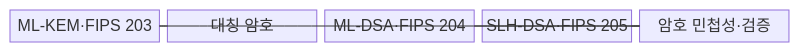
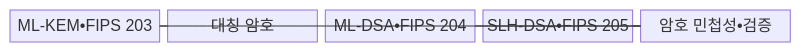
One commit to agnusdei1207/knowledge-base changed the first of 2 diagrams in src/content/docs/notes/07-law-policy/039_nist_pqc_fips.md. Above: the diagram before and after it, drawn with Mermaid. The commit also changed other lines of this file and 953 other files, not shown here.

````diff
--- a/src/content/docs/notes/07-law-policy/039_nist_pqc_fips.md
+++ b/src/content/docs/notes/07-law-policy/039_nist_pqc_fips.md
@@ -71,9 +71,9 @@
 ```mermaid
 block-beta
     columns 5
-    K["ML-KEM·FIPS 203"] S["대칭 암호"] D["ML-DSA·FIPS 204"] H["SLH-DSA·FIPS 205"] A["암호 민첩성·검증"]
+    K["ML-KEM•FIPS 203"] S["대칭 암호"] D["ML-DSA•FIPS 204"] H["SLH-DSA•FIPS 205"] A["암호 민첩성•검증"]
     K --- S
     D --- A
     H --- A
     K --- A
 ```
````
